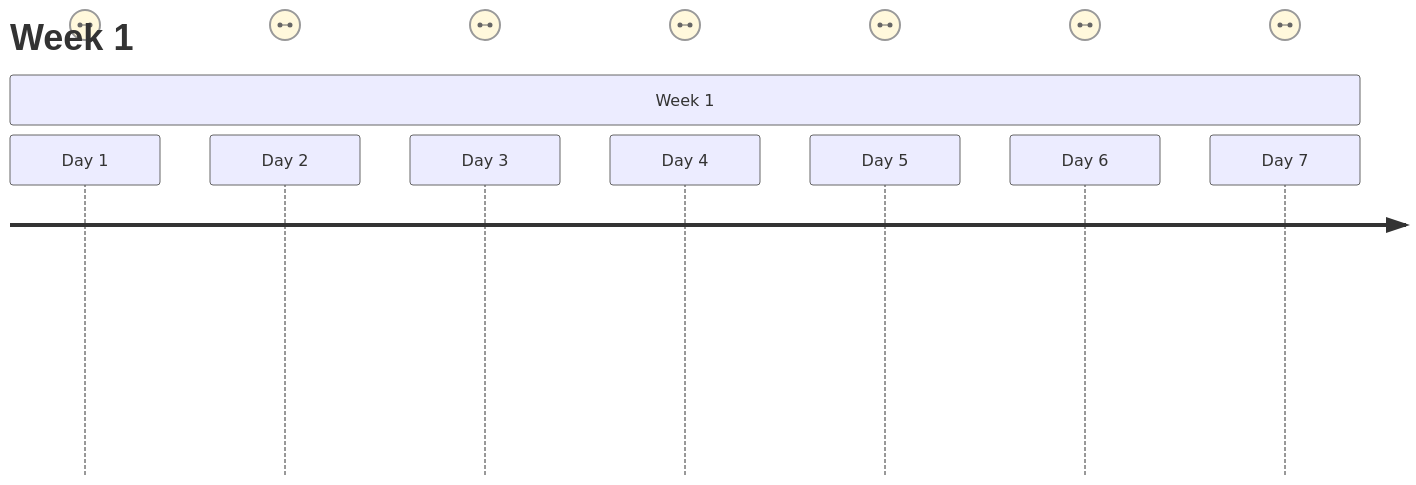
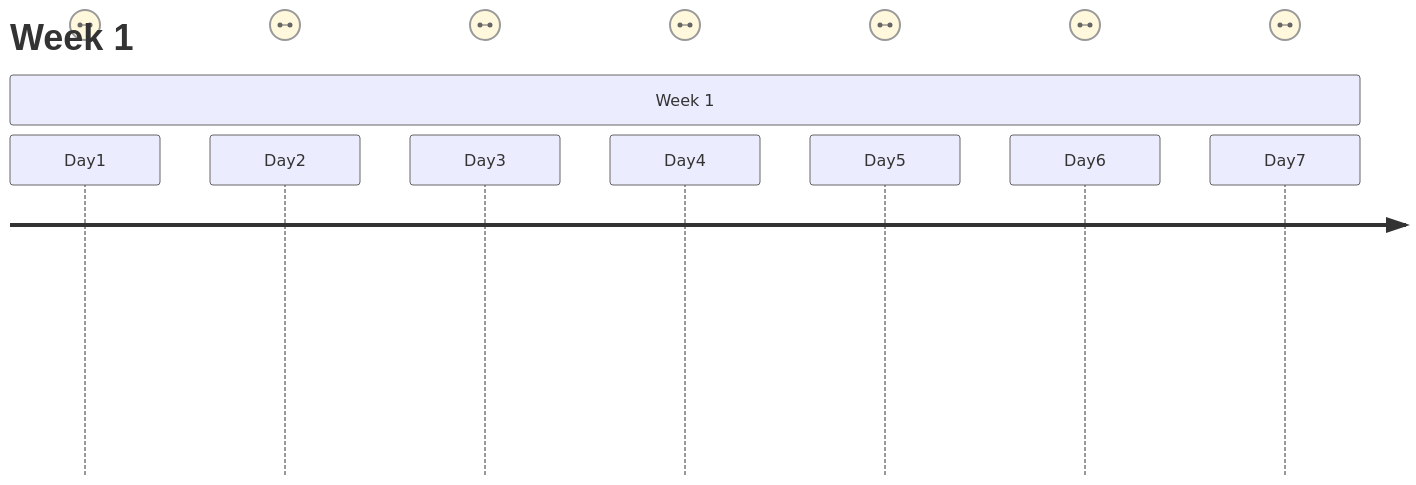
The diagram in README.md (metigator/Roadmap), drawn with Mermaid before and after one commit.

````diff
--- a/README.md
+++ b/README.md
@@ -1,12 +1,12 @@
 ```mermaid
 journey
     title Week 1
     section Week 1
-      Day 1 : Me
-      Day 2 : Me
-      Day 3 : Me
-      Day 4 : Me
-      Day 5 : Me
-      Day 6 : Me
-      Day 7 : Me
+      Day1 : Me
+      Day2 : Me
+      Day3 : Me
+      Day4 : Me
+      Day5 : Me
+      Day6 : Me
+      Day7 : Me
 ```
````
